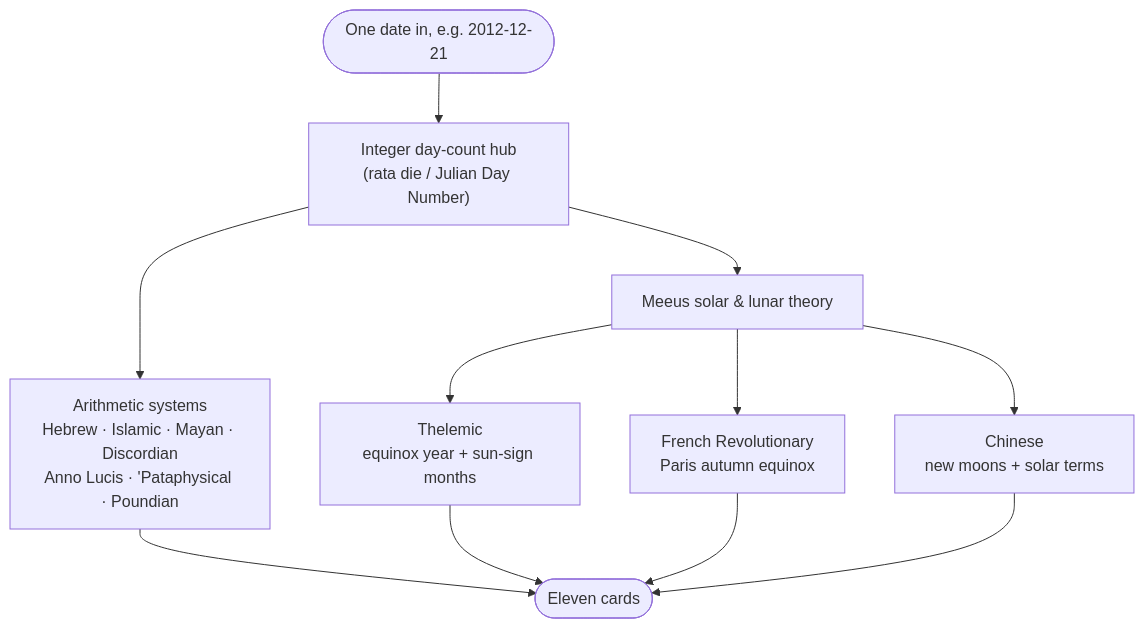
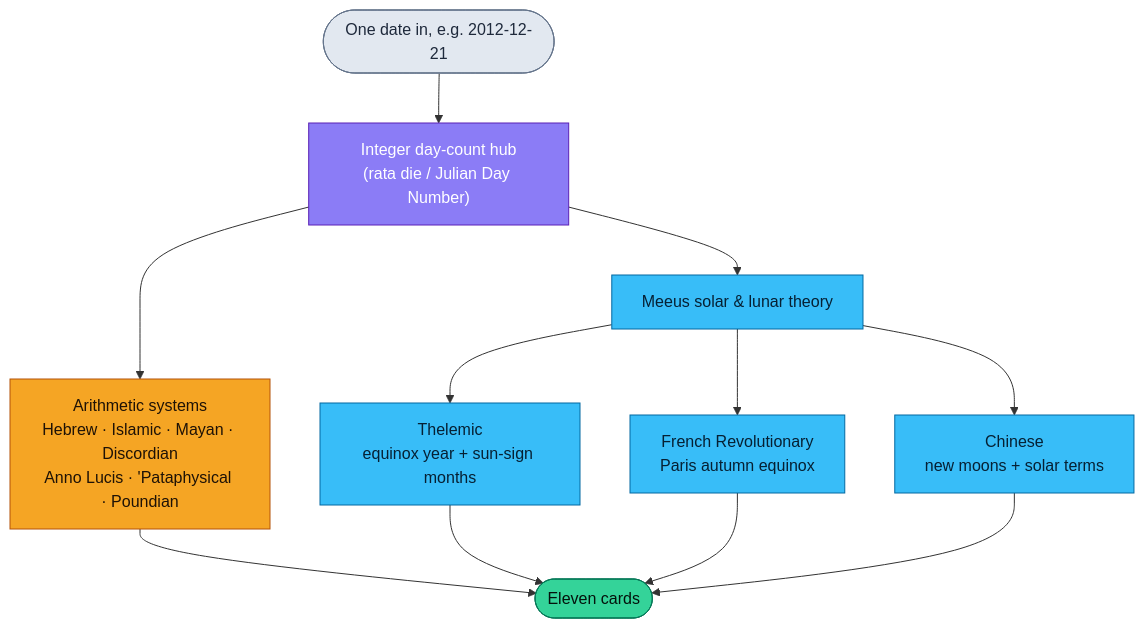
Before and after one commit to DyllonWright/Eleven-Days: the first of 2 diagrams in README.md, drawn with Mermaid. The commit also changed other lines of this file, not shown here.

Commit message:
docs: color the mermaid diagrams
Both diagrams still matched current code (verified against 0.2.1's
95-assertion test suite and calendar derivation graph); this only adds
a semantic color palette shared across both — violet for the engine/
hub, amber for verified anchors, sky-blue for astronomy, green/red for
the pass/fail gate.

````diff
--- a/README.md
+++ b/README.md
@@ -37,13 +37,25 @@
 ```mermaid
 flowchart TD
     D(["One date in, e.g. 2012-12-21"]) --> HUB["Integer day-count hub<br/>(rata die / Julian Day Number)"]
     HUB --> ARITH["Arithmetic systems<br/>Hebrew · Islamic · Mayan · Discordian<br/>Anno Lucis · 'Pataphysical · Poundian"]
     HUB --> ASTRO["Meeus solar & lunar theory"]
     ASTRO --> T["Thelemic<br/>equinox year + sun-sign months"]
     ASTRO --> F["French Revolutionary<br/>Paris autumn equinox"]
     ASTRO --> C["Chinese<br/>new moons + solar terms"]
     ARITH --> CARDS(["Eleven cards"])
     T --> CARDS
     F --> CARDS
     C --> CARDS
+
+    classDef input fill:#e2e8f0,stroke:#64748b,color:#1e293b
+    classDef hub fill:#8b7cf6,stroke:#5b21b6,color:#ffffff
+    classDef arith fill:#f5a524,stroke:#b45309,color:#1e1206
+    classDef astro fill:#38bdf8,stroke:#0369a1,color:#062033
+    classDef output fill:#34d399,stroke:#047857,color:#04120c
+
+    class D input
+    class HUB hub
+    class ARITH arith
+    class ASTRO,T,F,C astro
+    class CARDS output
 ```
````
